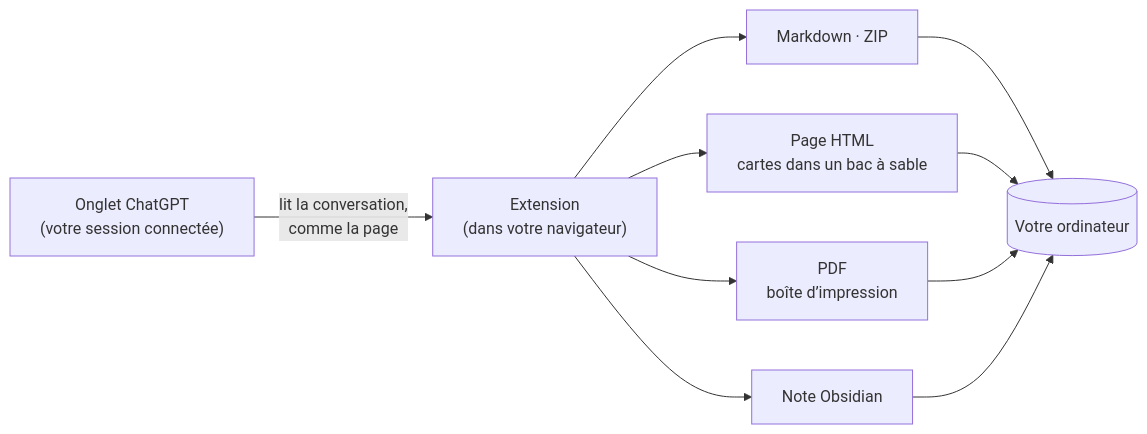
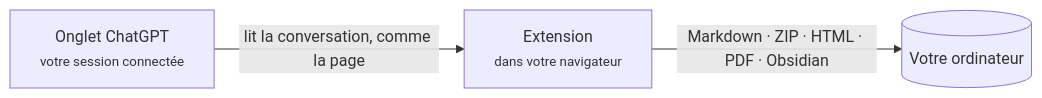
One commit to letheli710/chat-intelligent-ui-exporter changed the diagram in docs/readme/README.fr.md. Above: the diagram before and after it, drawn with Mermaid. The commit also changed 15 other files, not shown here.

First line of the commit message:
0.11.41: the how-it-works diagram as one row, so GitHub shows it whole

````diff
--- a/docs/readme/README.fr.md
+++ b/docs/readme/README.fr.md
@@ -126,9 +126,5 @@
 ```mermaid
 flowchart LR
-    A["Onglet ChatGPT<br/>(votre session connectée)"] -->|lit la conversation,<br/>comme la page| B["Extension<br/>(dans votre navigateur)"]
-    B --> C["Markdown · ZIP"]
-    B --> D["Page HTML<br/>cartes dans un bac à sable"]
-    B --> E["PDF<br/>boîte d’impression"]
-    B --> F["Note Obsidian"]
-    C & D & E & F --> G[("Votre ordinateur")]
+    A["Onglet ChatGPT<br/><small>votre session connectée</small>"] -->|lit la conversation, comme la page| B["Extension<br/><small>dans votre navigateur</small>"]
+    B -->|"Markdown · ZIP · HTML · PDF · Obsidian"| C[("Votre ordinateur")]
 ```
````
